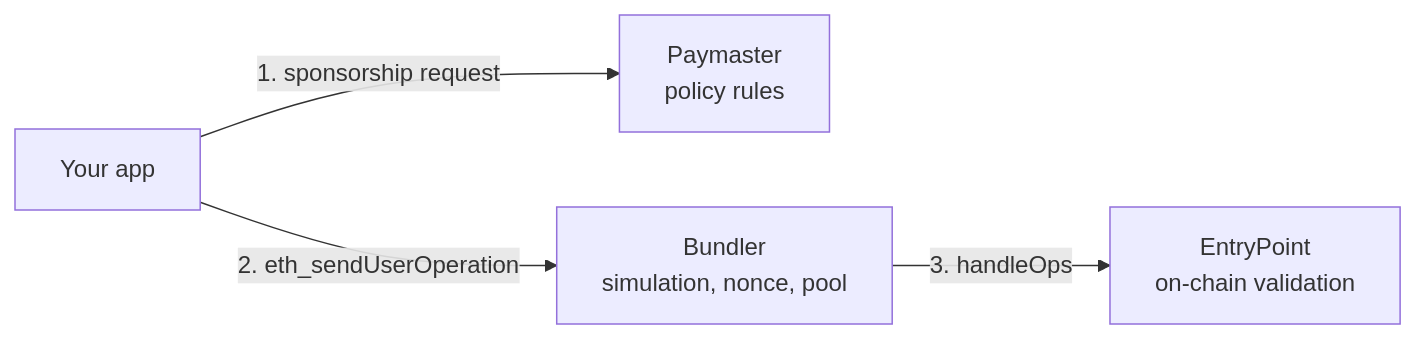
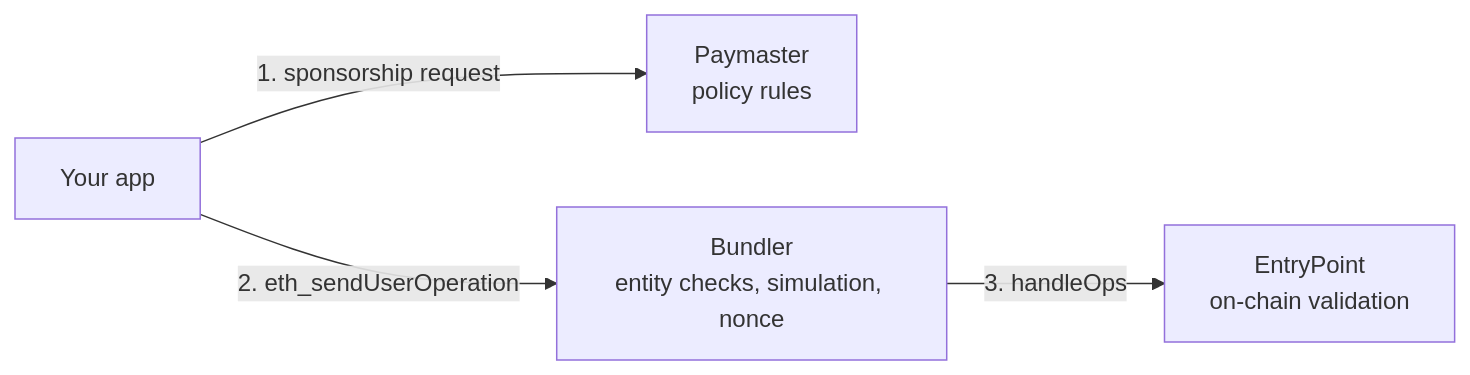
The diagram in smart-accounts/errors.mdx (hpp-io/docs), drawn with Mermaid before and after one commit. The commit also changed other lines of this file and 12 other files, not shown here.

````diff
--- a/smart-accounts/errors.mdx
+++ b/smart-accounts/errors.mdx
@@ -11,6 +11,6 @@
 ```mermaid
 flowchart LR
   A[Your app] -->|1. sponsorship request| P[Paymaster<br/>policy rules]
-  A -->|2. eth_sendUserOperation| B[Bundler<br/>simulation, nonce, pool]
+  A -->|2. eth_sendUserOperation| B[Bundler<br/>entity checks, simulation, nonce]
   B -->|3. handleOps| E[EntryPoint<br/>on-chain validation]
 ```
````
